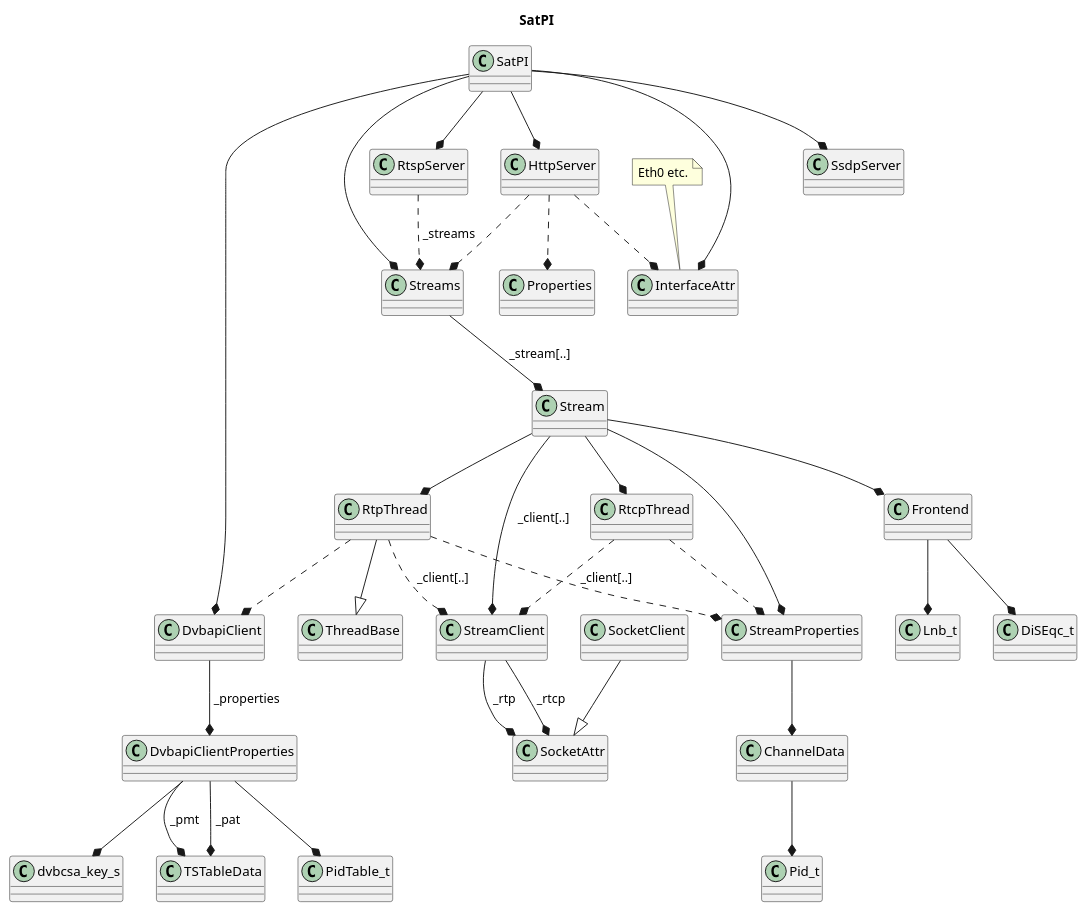
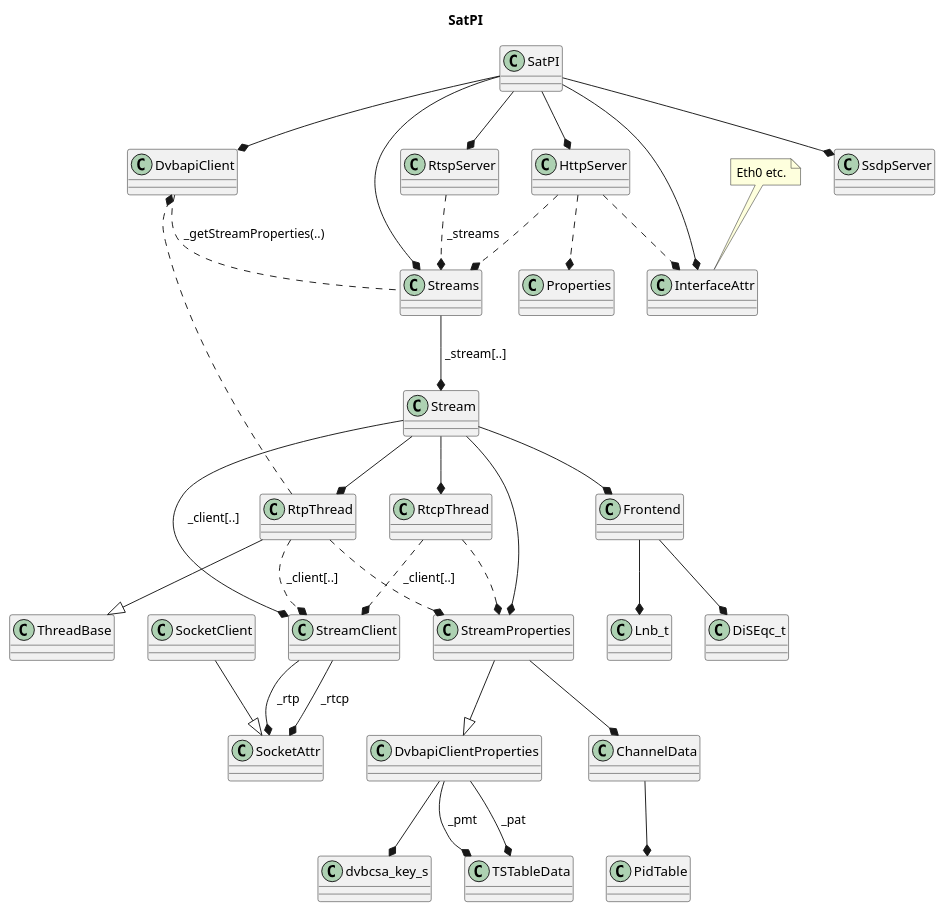
One commit to Barracuda09/SATPI changed the diagram in SatPI.plantuml. Above: the diagram before and after it, drawn with PlantUML. The commit also changed 27 other files, not shown here.

```diff
--- a/SatPI.plantuml
+++ b/SatPI.plantuml
@@ -1,57 +1,57 @@
 @startuml
 
 hide footbox
 
 title SatPI
 
 SatPI --* DvbapiClient
 SatPI --* Streams
 SatPI --* RtspServer
 SatPI --* HttpServer
 SatPI --* SsdpServer
 SatPI --* InterfaceAttr
 
 note top of InterfaceAttr : Eth0 etc.
 
 Stream --* StreamClient : " _client[..] "
 Stream --* StreamProperties
 Stream --* Frontend
 Stream --* RtpThread
 Stream --* RtcpThread
 
 Streams --* Stream : " _stream[..] "
 
 StreamClient --* SocketAttr : " _rtp "
 StreamClient --* SocketAttr : " _rtcp "
 
 SocketClient --|> SocketAttr
 
-StreamProperties --* ChannelData
-
-DvbapiClient --* DvbapiClientProperties : " _properties"
-
-DvbapiClientProperties --* PidTable_t
 DvbapiClientProperties --* dvbcsa_key_s
 DvbapiClientProperties --* TSTableData : " _pat "
 DvbapiClientProperties --* TSTableData : " _pmt "
 
+StreamProperties --* ChannelData
+StreamProperties --|> DvbapiClientProperties
+
+DvbapiClient  .  Streams : " _getStreamProperties(..)"
+
 Frontend --* Lnb_t
 Frontend --* DiSEqc_t
 
-ChannelData --* Pid_t
+ChannelData --* PidTable
 
 RtpThread --|> ThreadBase
 RtpThread ..* StreamProperties
 RtpThread ..* StreamClient : " _client[..] "
 RtpThread ..* DvbapiClient
 
 RtspServer ..* Streams : " _streams "
 
 RtcpThread ..* StreamProperties
 RtcpThread ..* StreamClient : " _client[..] "
 
 HttpServer ..* Streams
 HttpServer ..* Properties
 HttpServer ..* InterfaceAttr
 
 @enduml
```
